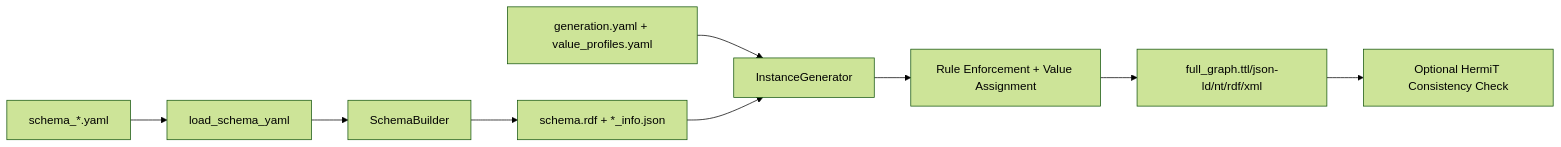
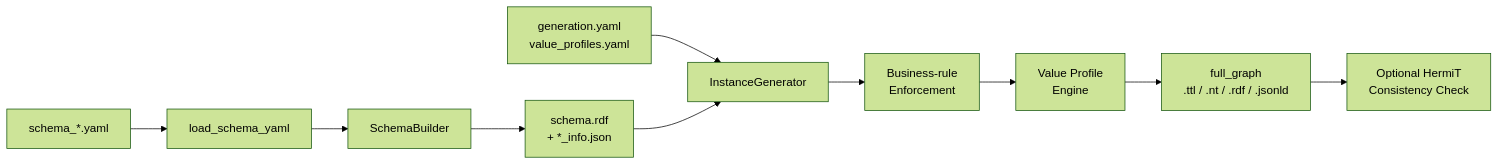
Before and after one commit to rakibul56/Pygraft-Supply-Chain-KGs-Generator: the diagram in README.md, drawn with Mermaid (forest theme). The commit also changed other lines of this file, not shown here.

````diff
--- a/README.md
+++ b/README.md
@@ -29,12 +54,13 @@
 ```mermaid
 flowchart LR
     A[schema_*.yaml] --> B[load_schema_yaml]
     B --> C[SchemaBuilder]
-    C --> D[schema.rdf + *_info.json]
+    C --> D[schema.rdf<br/>+ *_info.json]
 
-    E[generation.yaml + value_profiles.yaml] --> F[InstanceGenerator]
+    E[generation.yaml<br/>value_profiles.yaml] --> F[InstanceGenerator]
     D --> F
-    F --> G[Rule Enforcement + Value Assignment]
-    G --> H[full_graph.ttl/json-ld/nt/rdf/xml]
-    H --> I[Optional HermiT Consistency Check]
+    F --> G[Business-rule<br/>Enforcement]
+    G --> V[Value Profile<br/>Engine]
+    V --> H[full_graph<br/>.ttl / .nt / .rdf / .jsonld]
+    H --> I[Optional HermiT<br/>Consistency Check]
 ```
````
